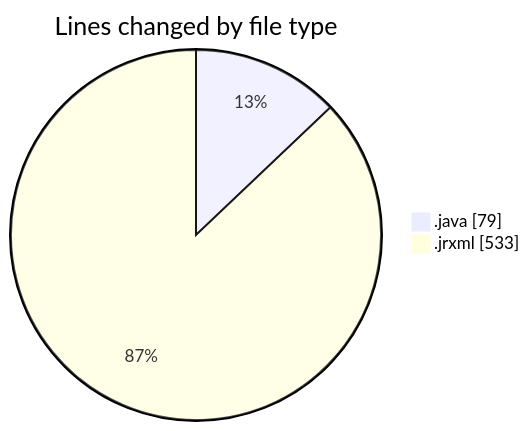
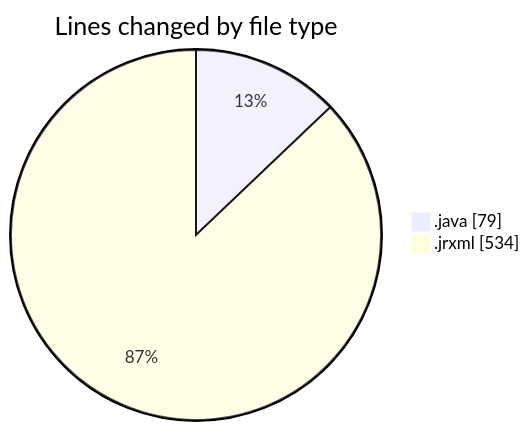
The first of 2 diagrams in 2026-10-07/cilreports__workspace_/README.md (ricardozamudiocil/code-tracking), drawn with Mermaid before and after one commit. The commit also changed other lines of this file and 1 other file, not shown here.

````diff
--- a/2026-10-07/cilreports__workspace_/README.md
+++ b/2026-10-07/cilreports__workspace_/README.md
@@ -23,6 +23,6 @@
 ```mermaid
 pie showData
 title Lines changed by file type
 ".java" : 79
-".jrxml" : 533
+".jrxml" : 534
 ```
````
